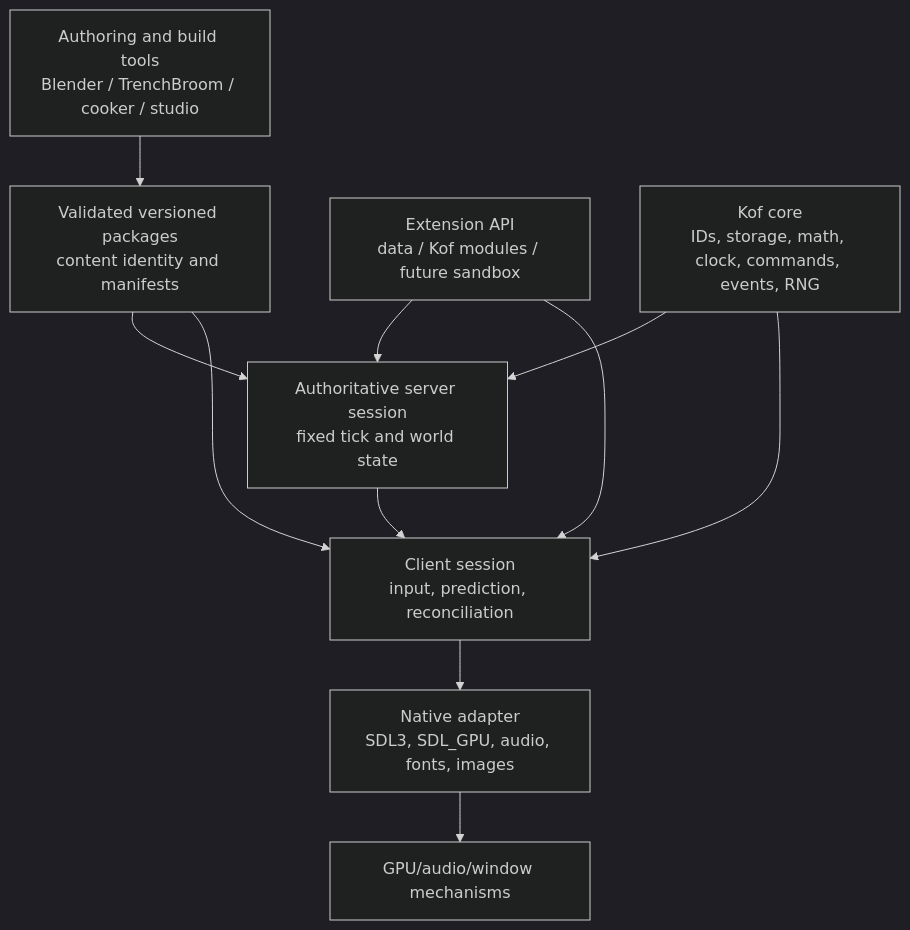
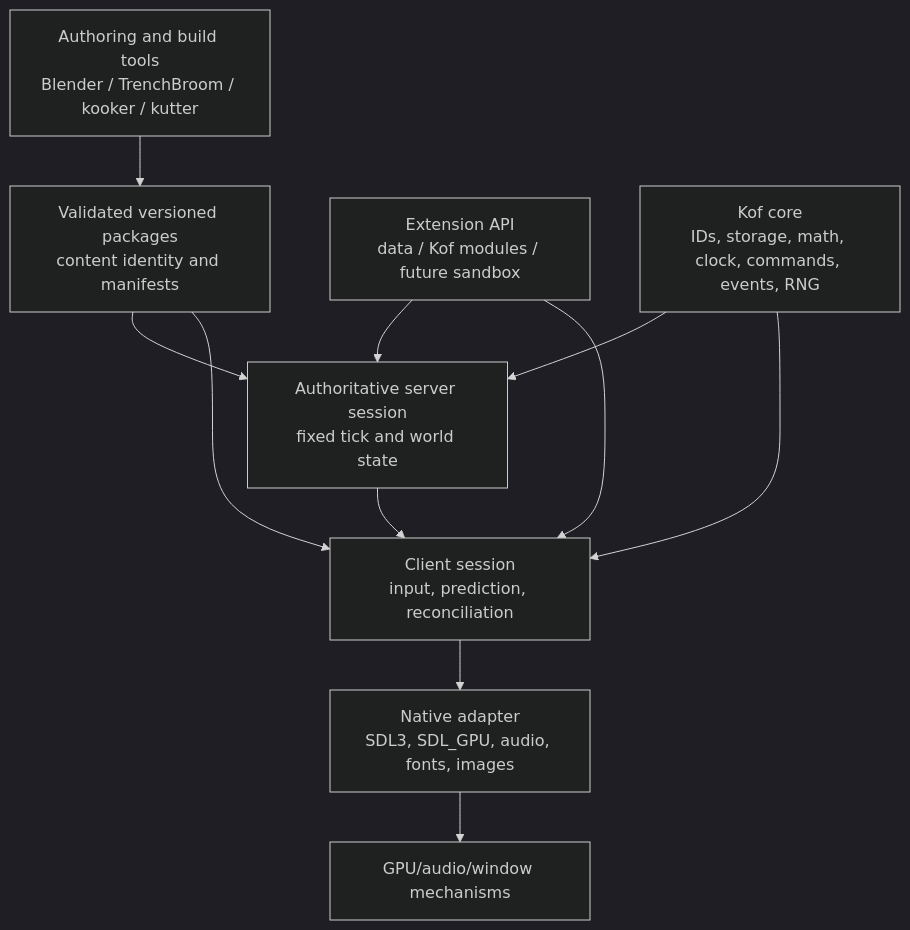
The first of 2 diagrams in docs/ARCHITECTURE.md (rufl/KOOKIE), drawn with Mermaid (dark theme) before and after one commit. The commit also changed other lines of this file and 53 other files, not shown here.

Commit message:
Rename creator tooling and cooker to Kutter and Kooker

````diff
--- a/docs/ARCHITECTURE.md
+++ b/docs/ARCHITECTURE.md
@@ -44,22 +44,22 @@
 ```mermaid
 flowchart TB
-    Tools[Authoring and build tools\nBlender / TrenchBroom / cooker / studio]
+    Tools[Authoring and build tools\nBlender / TrenchBroom / kooker / kutter]
     Packages[Validated versioned packages\ncontent identity and manifests]
     Extensions[Extension API\ndata / Kof modules / future sandbox]
     Server[Authoritative server session\nfixed tick and world state]
     Client[Client session\ninput, prediction, reconciliation]
     Core[Kof core\nIDs, storage, math, clock, commands, events, RNG]
     Native[Native adapter\nSDL3, SDL_GPU, audio, fonts, images]
     GPU[GPU/audio/window mechanisms]
 
     Tools --> Packages
     Packages --> Server
     Packages --> Client
     Extensions --> Server
     Extensions --> Client
     Core --> Server
     Core --> Client
     Server --> Client
     Client --> Native
     Native --> GPU
 ```
````
